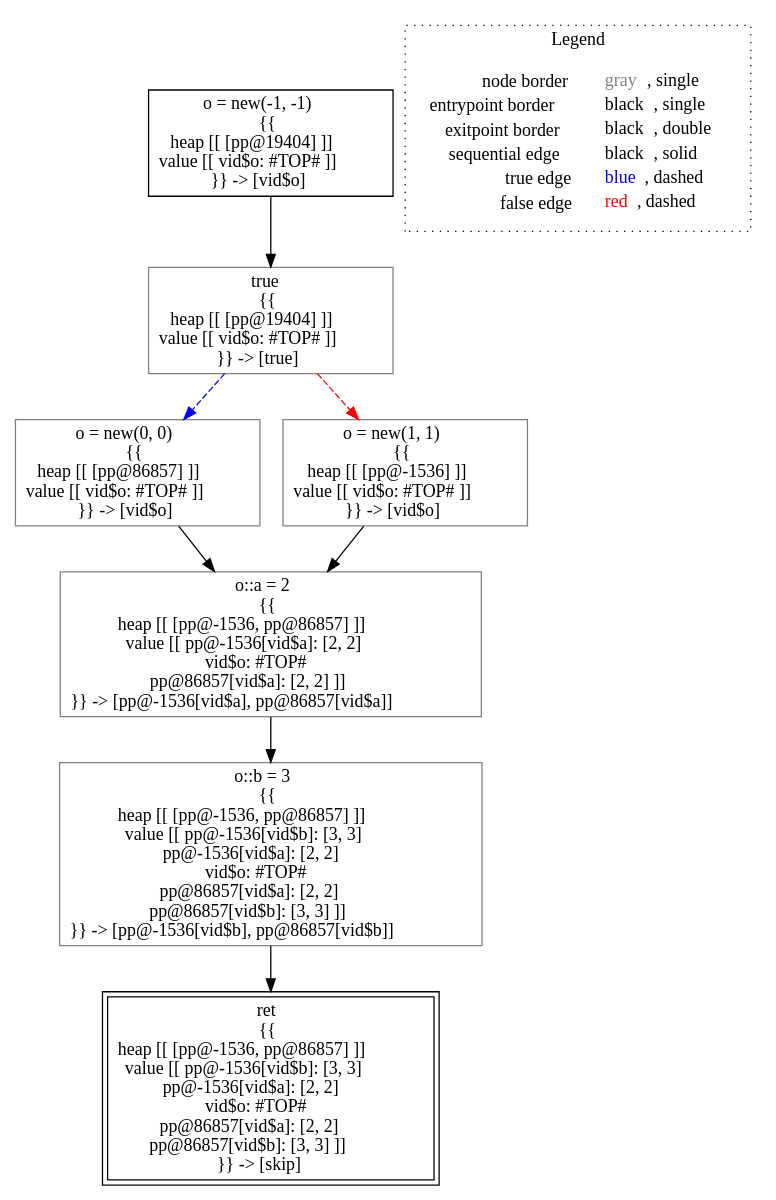
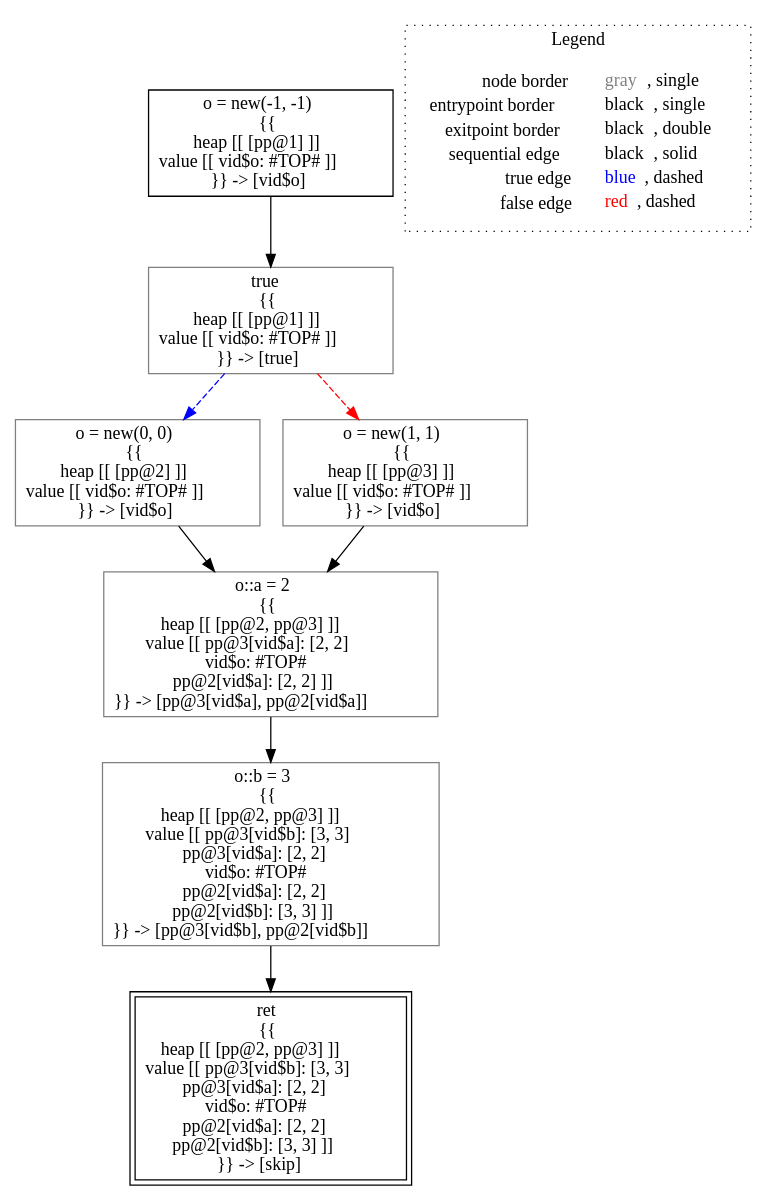
The diagram in lisa/imp-testcases/heap/point-based-heap/field-sensitive/analysis___untyped_A.f3().dot (lisa-analyzer/lisa), drawn with Graphviz before and after one commit. The commit also changed 14 other files, not shown here.

```diff
--- a/lisa/imp-testcases/heap/point-based-heap/field-sensitive/analysis___untyped_A.f3().dot
+++ b/lisa/imp-testcases/heap/point-based-heap/field-sensitive/analysis___untyped_A.f3().dot
@@ -1,23 +1,23 @@
 digraph {
-	"node0" [shape="rect",color="black",label=<o = new(-1, -1)<BR/>{{<BR/>heap [[ [pp@19404] ]]<BR/>value [[ vid$o: #TOP# ]]<BR/>}} -&gt; [vid$o]>];
-	"node1" [shape="rect",color="gray",label=<o::a = 2<BR/>{{<BR/>heap [[ [pp@-1536, pp@86857] ]]<BR/>value [[ pp@-1536[vid$a]: [2, 2]<BR/>vid$o: #TOP#<BR/>pp@86857[vid$a]: [2, 2] ]]<BR/>}} -&gt; [pp@-1536[vid$a], pp@86857[vid$a]]>];
-	"node2" [shape="rect",color="gray",label=<true<BR/>{{<BR/>heap [[ [pp@19404] ]]<BR/>value [[ vid$o: #TOP# ]]<BR/>}} -&gt; [true]>];
-	"node3" [shape="rect",color="gray",label=<o = new(0, 0)<BR/>{{<BR/>heap [[ [pp@86857] ]]<BR/>value [[ vid$o: #TOP# ]]<BR/>}} -&gt; [vid$o]>];
-	"node4" [shape="rect",color="black",peripheries="2",label=<ret<BR/>{{<BR/>heap [[ [pp@-1536, pp@86857] ]]<BR/>value [[ pp@-1536[vid$b]: [3, 3]<BR/>pp@-1536[vid$a]: [2, 2]<BR/>vid$o: #TOP#<BR/>pp@86857[vid$a]: [2, 2]<BR/>pp@86857[vid$b]: [3, 3] ]]<BR/>}} -&gt; [skip]>];
-	"node5" [shape="rect",color="gray",label=<o::b = 3<BR/>{{<BR/>heap [[ [pp@-1536, pp@86857] ]]<BR/>value [[ pp@-1536[vid$b]: [3, 3]<BR/>pp@-1536[vid$a]: [2, 2]<BR/>vid$o: #TOP#<BR/>pp@86857[vid$a]: [2, 2]<BR/>pp@86857[vid$b]: [3, 3] ]]<BR/>}} -&gt; [pp@-1536[vid$b], pp@86857[vid$b]]>];
-	"node6" [shape="rect",color="gray",label=<o = new(1, 1)<BR/>{{<BR/>heap [[ [pp@-1536] ]]<BR/>value [[ vid$o: #TOP# ]]<BR/>}} -&gt; [vid$o]>];
+	"node0" [shape="rect",color="black",label=<o = new(-1, -1)<BR/>{{<BR/>heap [[ [pp@1] ]]<BR/>value [[ vid$o: #TOP# ]]<BR/>}} -&gt; [vid$o]>];
+	"node1" [shape="rect",color="gray",label=<o::a = 2<BR/>{{<BR/>heap [[ [pp@2, pp@3] ]]<BR/>value [[ pp@3[vid$a]: [2, 2]<BR/>vid$o: #TOP#<BR/>pp@2[vid$a]: [2, 2] ]]<BR/>}} -&gt; [pp@3[vid$a], pp@2[vid$a]]>];
+	"node2" [shape="rect",color="gray",label=<true<BR/>{{<BR/>heap [[ [pp@1] ]]<BR/>value [[ vid$o: #TOP# ]]<BR/>}} -&gt; [true]>];
+	"node3" [shape="rect",color="gray",label=<o = new(0, 0)<BR/>{{<BR/>heap [[ [pp@2] ]]<BR/>value [[ vid$o: #TOP# ]]<BR/>}} -&gt; [vid$o]>];
+	"node4" [shape="rect",color="black",peripheries="2",label=<ret<BR/>{{<BR/>heap [[ [pp@2, pp@3] ]]<BR/>value [[ pp@3[vid$b]: [3, 3]<BR/>pp@3[vid$a]: [2, 2]<BR/>vid$o: #TOP#<BR/>pp@2[vid$a]: [2, 2]<BR/>pp@2[vid$b]: [3, 3] ]]<BR/>}} -&gt; [skip]>];
+	"node5" [shape="rect",color="gray",label=<o::b = 3<BR/>{{<BR/>heap [[ [pp@2, pp@3] ]]<BR/>value [[ pp@3[vid$b]: [3, 3]<BR/>pp@3[vid$a]: [2, 2]<BR/>vid$o: #TOP#<BR/>pp@2[vid$a]: [2, 2]<BR/>pp@2[vid$b]: [3, 3] ]]<BR/>}} -&gt; [pp@3[vid$b], pp@2[vid$b]]>];
+	"node6" [shape="rect",color="gray",label=<o = new(1, 1)<BR/>{{<BR/>heap [[ [pp@3] ]]<BR/>value [[ vid$o: #TOP# ]]<BR/>}} -&gt; [vid$o]>];
 	"node1" -> "node5" [color="black"];
 	"node2" -> "node3" [color="blue",style="dashed"];
 	"node2" -> "node6" [color="red",style="dashed"];
 	"node3" -> "node1" [color="black"];
 	"node5" -> "node4" [color="black"];
 	"node0" -> "node2" [color="black"];
 	"node6" -> "node1" [color="black"];
 subgraph cluster_legend {
 	label="Legend";
 	style=dotted;
 	node [shape=plaintext];
 	"legend" [label=<<table border="0" cellpadding="2" cellspacing="0" cellborder="0"><tr><td align="right">node border&nbsp;</td><td align="left"><font color="gray">gray</font>, single</td></tr><tr><td align="right">entrypoint border&nbsp;</td><td align="left"><font color="black">black</font>, single</td></tr><tr><td align="right">exitpoint border&nbsp;</td><td align="left"><font color="black">black</font>, double</td></tr><tr><td align="right">sequential edge&nbsp;</td><td align="left"><font color="black">black</font>, solid</td></tr><tr><td align="right">true edge&nbsp;</td><td align="left"><font color="blue">blue</font>, dashed</td></tr><tr><td align="right">false edge&nbsp;</td><td align="left"><font color="red">red</font>, dashed</td></tr></table>>];
 }
 
 }
```
